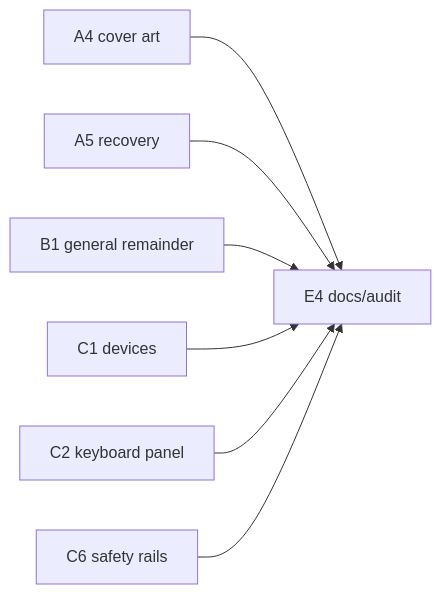
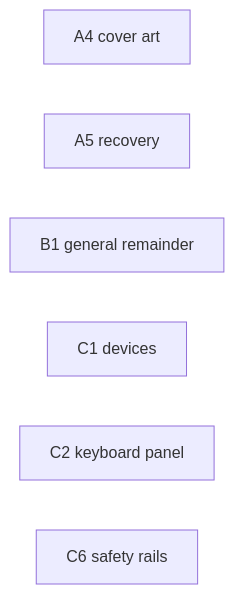
The diagram in docs/plans/launcher-plan.md (gabrielofavero/rb-blitz-xenon-recomp), drawn with Mermaid before and after one commit. The commit also changed other lines of this file and 4 other files, not shown here.

````diff
--- a/docs/plans/launcher-plan.md
+++ b/docs/plans/launcher-plan.md
@@ -1027,15 +1015,9 @@
 ```mermaid
 graph LR
   A4[A4 cover art]
   A5[A5 recovery]
   B1[B1 general remainder]
   C1[C1 devices]
   C2[C2 keyboard panel]
   C6[C6 safety rails]
-  A4 --> E4[E4 docs/audit]
-  A5 --> E4
-  B1 --> E4
-  C1 --> E4
-  C2 --> E4
-  C6 --> E4
 ```
````
